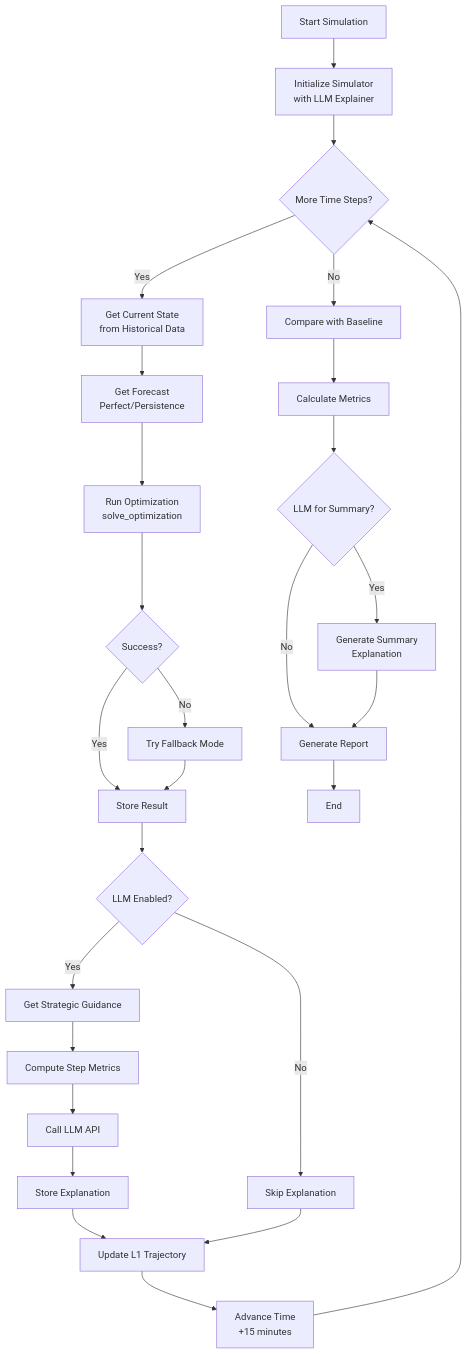
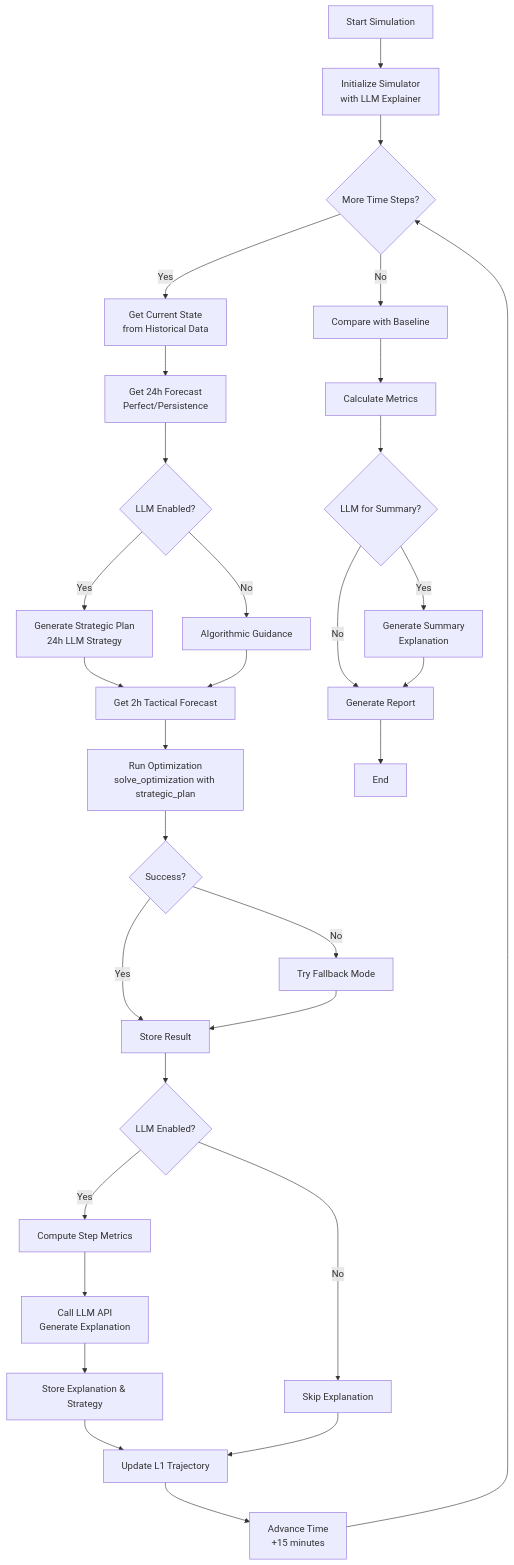
The third of 9 diagrams in agents/optimizer_agent/ARCHITECTURE.md (alexha11/Junction-2025), drawn with Mermaid before and after one commit. The commit also changed other lines of this file and 7 other files, not shown here.

````diff
--- a/agents/optimizer_agent/ARCHITECTURE.md
+++ b/agents/optimizer_agent/ARCHITECTURE.md
@@ -109,35 +127,42 @@
 ```mermaid
 flowchart TD
     START[Start Simulation] --> INIT[Initialize Simulator<br/>with LLM Explainer]
     INIT --> LOOP{More Time Steps?}
     
     LOOP -->|Yes| GETSTATE[Get Current State<br/>from Historical Data]
-    GETSTATE --> GETFORECAST[Get Forecast<br/>Perfect/Persistence]
-    GETFORECAST --> OPTIMIZE[Run Optimization<br/>solve_optimization]
+    GETSTATE --> GET24H[Get 24h Forecast<br/>Perfect/Persistence]
+    
+    GET24H --> LLMSTRAT{LLM Enabled?}
+    LLMSTRAT -->|Yes| GENPLAN[Generate Strategic Plan<br/>24h LLM Strategy]
+    LLMSTRAT -->|No| ALGO[Algorithmic Guidance]
+    
+    GENPLAN --> GET2H[Get 2h Tactical Forecast]
+    ALGO --> GET2H
+    
+    GET2H --> OPTIMIZE[Run Optimization<br/>solve_optimization with strategic_plan]
     
     OPTIMIZE --> CHECK{Success?}
     CHECK -->|Yes| RESULT1[Store Result]
     CHECK -->|No| FALLBACK[Try Fallback Mode]
     FALLBACK --> RESULT1
     
-    RESULT1 --> LLM{LLM Enabled?}
-    LLM -->|Yes| GETSTRATEGY[Get Strategic Guidance]
-    GETSTRATEGY --> COMPUTE[Compute Step Metrics]
-    COMPUTE --> CALLAPI[Call LLM API]
-    CALLAPI --> STORE[Store Explanation]
+    RESULT1 --> LLMEXPL{LLM Enabled?}
+    LLMEXPL -->|Yes| COMPUTE[Compute Step Metrics]
+    COMPUTE --> CALLEXPL[Call LLM API<br/>Generate Explanation]
+    CALLEXPL --> STORE[Store Explanation & Strategy]
     
-    LLM -->|No| SKIP[Skip Explanation]
+    LLMEXPL -->|No| SKIP[Skip Explanation]
     STORE --> UPDATE[Update L1 Trajectory]
     SKIP --> UPDATE
     
     UPDATE --> ADVANCE[Advance Time<br/>+15 minutes]
     ADVANCE --> LOOP
     
     LOOP -->|No| COMPARE[Compare with Baseline]
     COMPARE --> METRICS[Calculate Metrics]
     METRICS --> SUMMARY{LLM for Summary?}
     SUMMARY -->|Yes| SUMMARYLLM[Generate Summary<br/>Explanation]
     SUMMARY -->|No| REPORT
     SUMMARYLLM --> REPORT[Generate Report]
     REPORT --> END[End]
 ```
````
